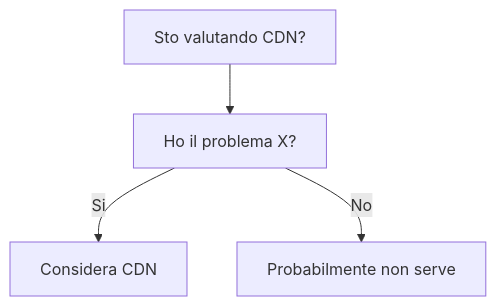
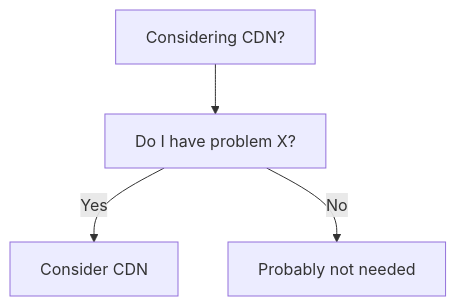
One commit to HxT9/Software-Dev-Wiki changed the diagram in dev-wiki/07_Networking/CDN/When_To_Use.md. Above: the diagram before and after it, drawn with Mermaid. The commit also changed other lines of this file and 3444 other files, not shown here.

````diff
--- a/dev-wiki/07_Networking/CDN/When_To_Use.md
+++ b/dev-wiki/07_Networking/CDN/When_To_Use.md
@@ -19,6 +19,6 @@
 ```mermaid
 flowchart TD
-  Q[Sto valutando CDN?] --> Q1[Ho il problema X?]
-  Q1 -->|Si| OK[Considera CDN]
-  Q1 -->|No| NO[Probabilmente non serve]
+  Q[Considering CDN?] --> Q1[Do I have problem X?]
+  Q1 -->|Yes| OK[Consider CDN]
+  Q1 -->|No| NO[Probably not needed]
 ```
````
